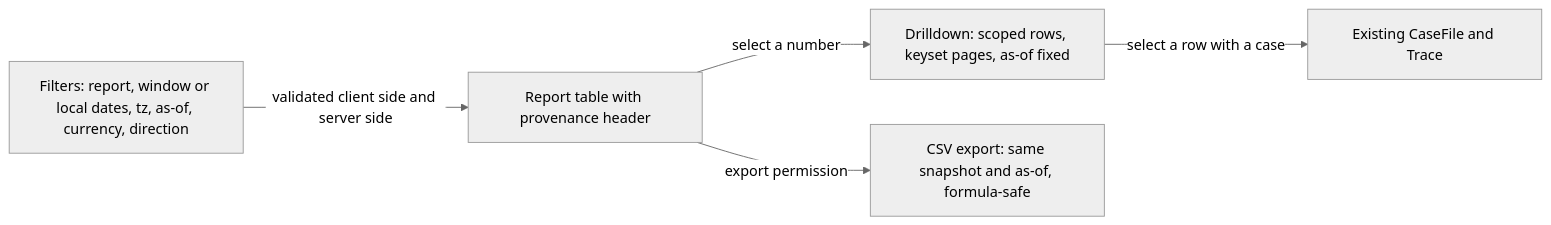
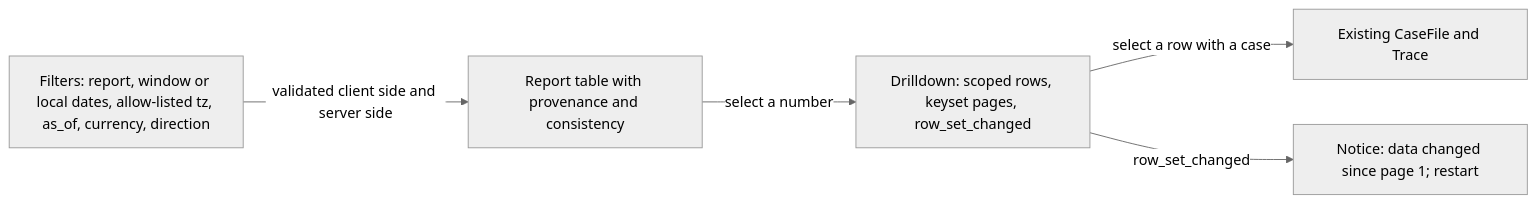
One commit to PHANI465/agentforge-sentinel changed the diagram in docs/analytics/AN01-workspace-design.md. Above: the diagram before and after it, drawn with Mermaid (neutral theme). The commit also changed other lines of this file and 4 other files, not shown here.

````diff
--- a/docs/analytics/AN01-workspace-design.md
+++ b/docs/analytics/AN01-workspace-design.md
@@ -103,7 +234,7 @@
 ```mermaid
 flowchart LR
-  F[Filters: report, window or local dates, tz, as-of, currency, direction] -->|validated client side and server side| R[Report table with provenance header]
-  R -->|select a number| D[Drilldown: scoped rows, keyset pages, as-of fixed]
+  F[Filters: report, window or local dates, allow-listed tz, as_of, currency, direction] -->|validated client side and server side| R[Report table with provenance and consistency]
+  R -->|select a number| D[Drilldown: scoped rows, keyset pages, row_set_changed]
   D -->|select a row with a case| C[Existing CaseFile and Trace]
-  R -->|export permission| E[CSV export: same snapshot and as-of, formula-safe]
+  D -->|row_set_changed| X[Notice: data changed since page 1; restart]
 ```
````
